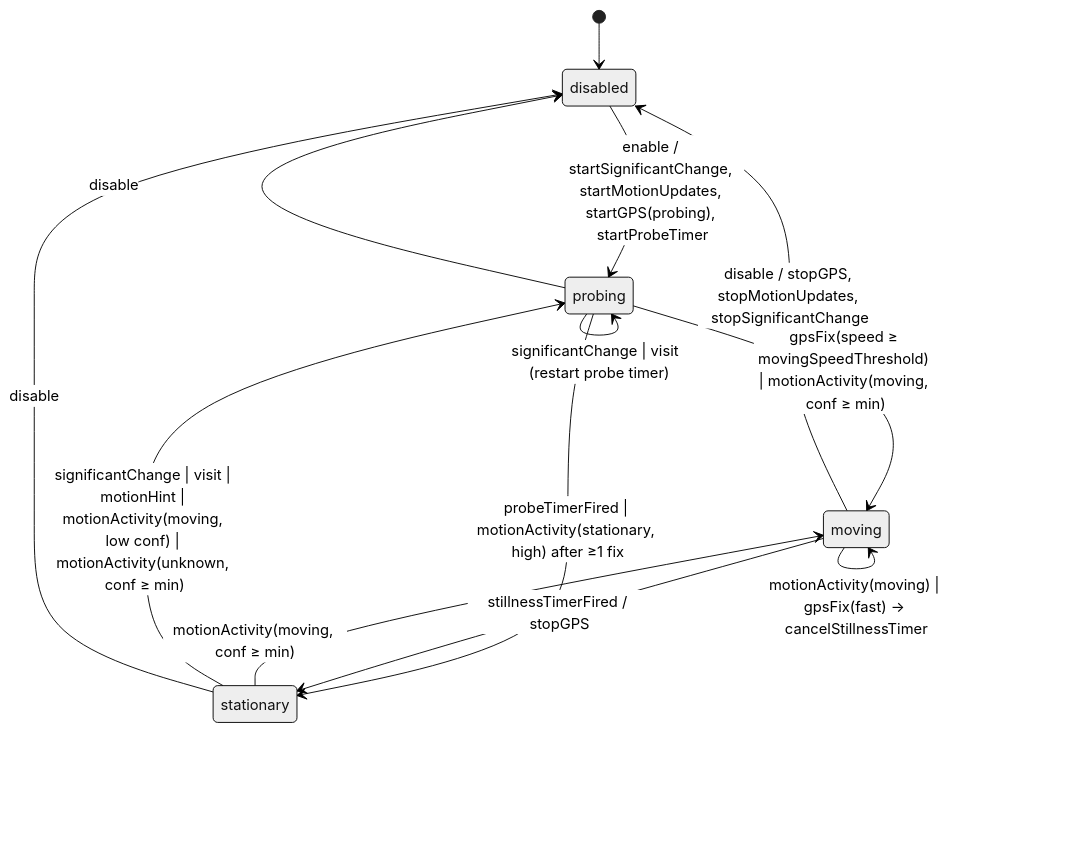
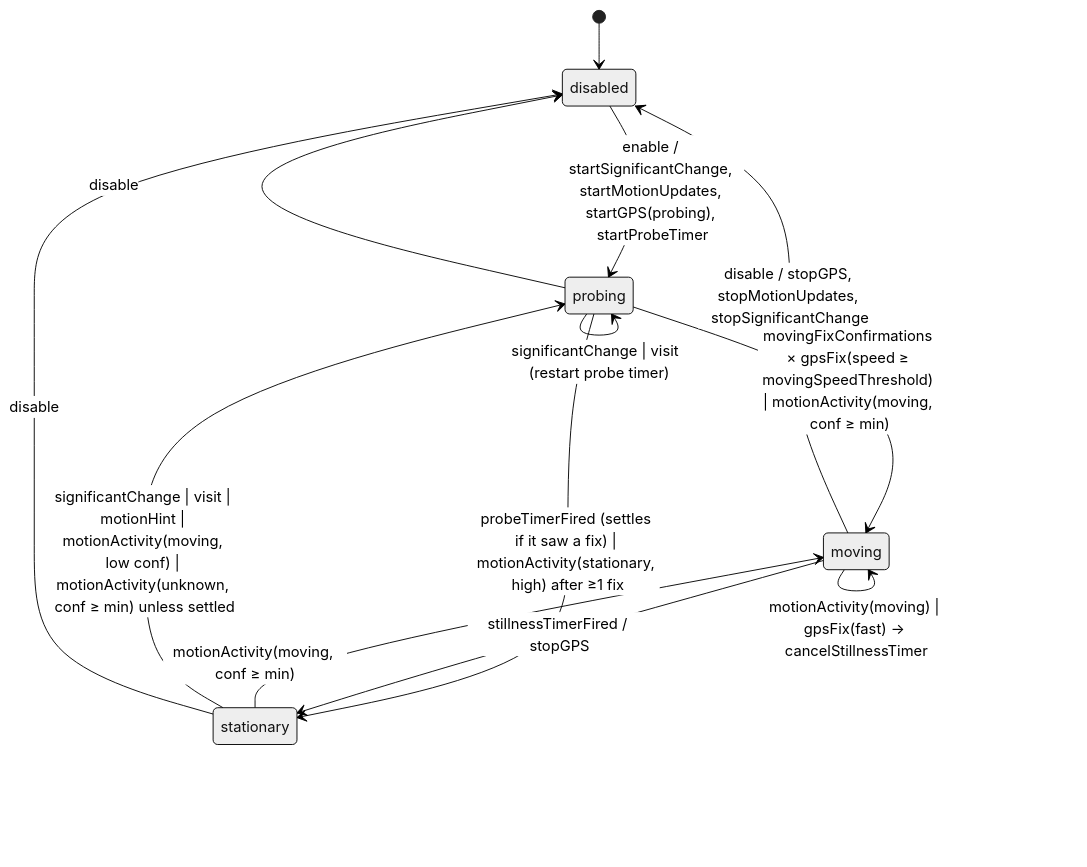
Before and after one commit to glandais/WhereIWas: the diagram in ARCHITECTURE.md, drawn with Mermaid (neutral theme). The commit also changed other lines of this file and 16 other files, not shown here.

````diff
--- a/ARCHITECTURE.md
+++ b/ARCHITECTURE.md
@@ -71,17 +71,17 @@
 ```mermaid
 stateDiagram-v2
     [*] --> disabled
     disabled --> probing : enable / startSignificantChange, startMotionUpdates, startGPS(probing), startProbeTimer
-    probing --> moving : gpsFix(speed ≥ movingSpeedThreshold) | motionActivity(moving, conf ≥ min)
-    probing --> stationary : probeTimerFired | motionActivity(stationary, high) after ≥1 fix
+    probing --> moving : movingFixConfirmations × gpsFix(speed ≥ movingSpeedThreshold) | motionActivity(moving, conf ≥ min)
+    probing --> stationary : probeTimerFired (settles if it saw a fix) | motionActivity(stationary, high) after ≥1 fix
     probing --> probing : significantChange | visit  (restart probe timer)
     stationary --> moving : motionActivity(moving, conf ≥ min)
-    stationary --> probing : significantChange | visit | motionHint | motionActivity(moving, low conf) | motionActivity(unknown, conf ≥ min)
+    stationary --> probing : significantChange | visit | motionHint | motionActivity(moving, low conf) | motionActivity(unknown, conf ≥ min) unless settled
     moving --> moving : gpsFix(speed) → startGPS(new profile) if profile changed
     moving --> moving : motionActivity(stationary, conf ≥ min) | gpsFix(speed < stillSpeedThreshold) → startStillnessTimer
     moving --> moving : motionActivity(moving) | gpsFix(fast) → cancelStillnessTimer
     moving --> stationary : stillnessTimerFired / stopGPS
     probing --> disabled : disable
     stationary --> disabled : disable
     moving --> disabled : disable / stopGPS, stopMotionUpdates, stopSignificantChange
 ```
````
